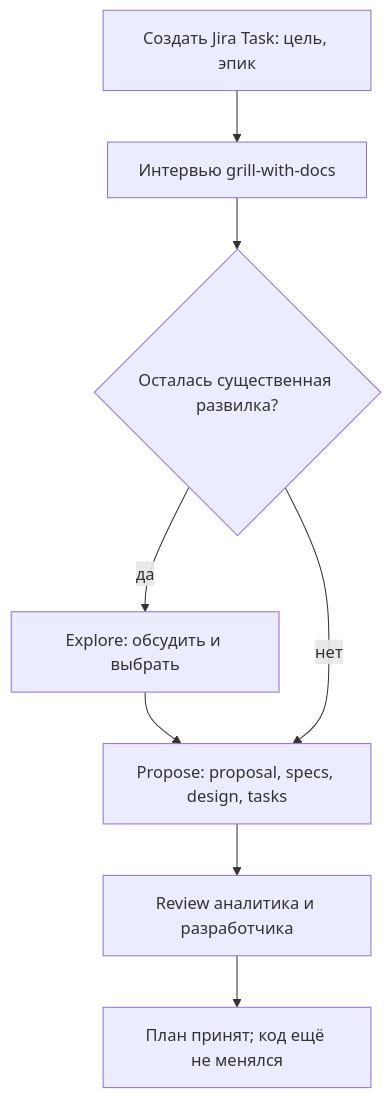
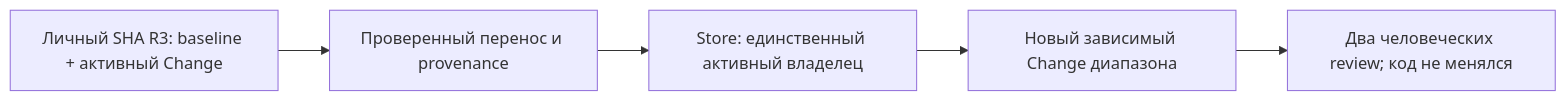
Before and after one commit to apolenkov/ai-pdlc-learning-stage-4-requirements: the diagram in docs/architecture/openspec-store-workset.md, drawn with Mermaid. The commit also changed other lines of this file and 16 other files, not shown here.

````diff
--- a/docs/architecture/openspec-store-workset.md
+++ b/docs/architecture/openspec-store-workset.md
@@ -18,10 +15,7 @@
 ```mermaid
-flowchart TB
-  J["Создать Jira Task: цель, эпик"] --> I["Интервью grill-with-docs"]
-  I --> Q{"Осталась существенная развилка?"}
-  Q -->|да| E["Explore: обсудить и выбрать"]
-  E --> P["Propose: proposal, specs, design, tasks"]
-  Q -->|нет| P
-  P --> R["Review аналитика и разработчика"]
-  R --> F["План принят; код ещё не менялся"]
+flowchart LR
+  R3["Личный SHA R3: baseline + активный Change"] --> V["Проверенный перенос и provenance"]
+  V --> S["Store: единственный активный владелец"]
+  S --> C["Новый зависимый Change диапазона"]
+  C --> H["Два человеческих review; код не менялся"]
 ```
````
